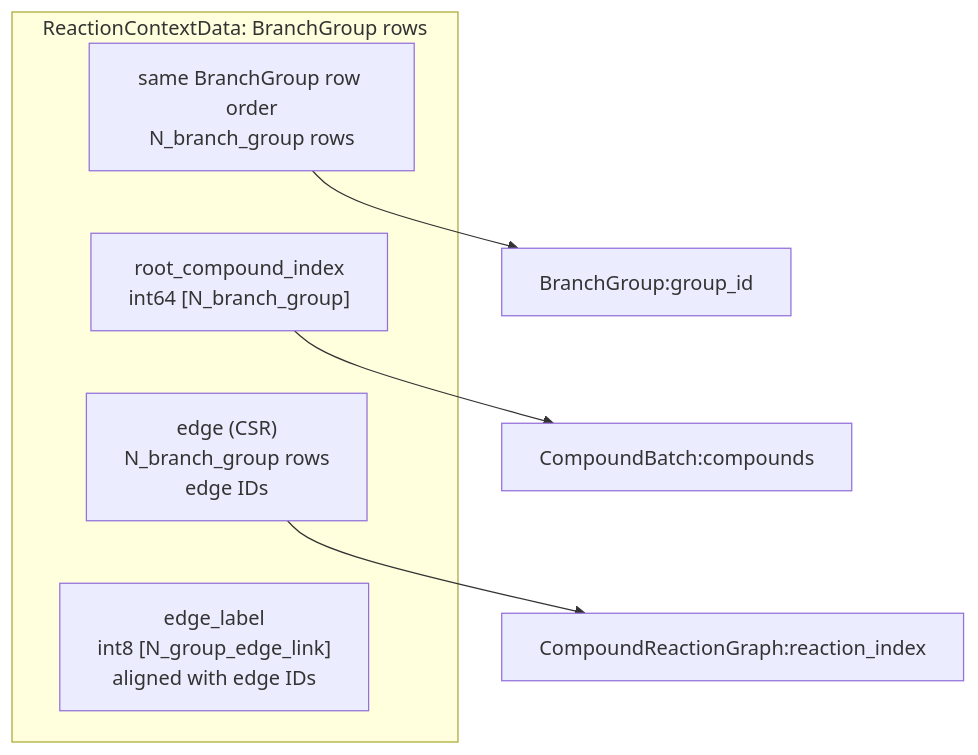
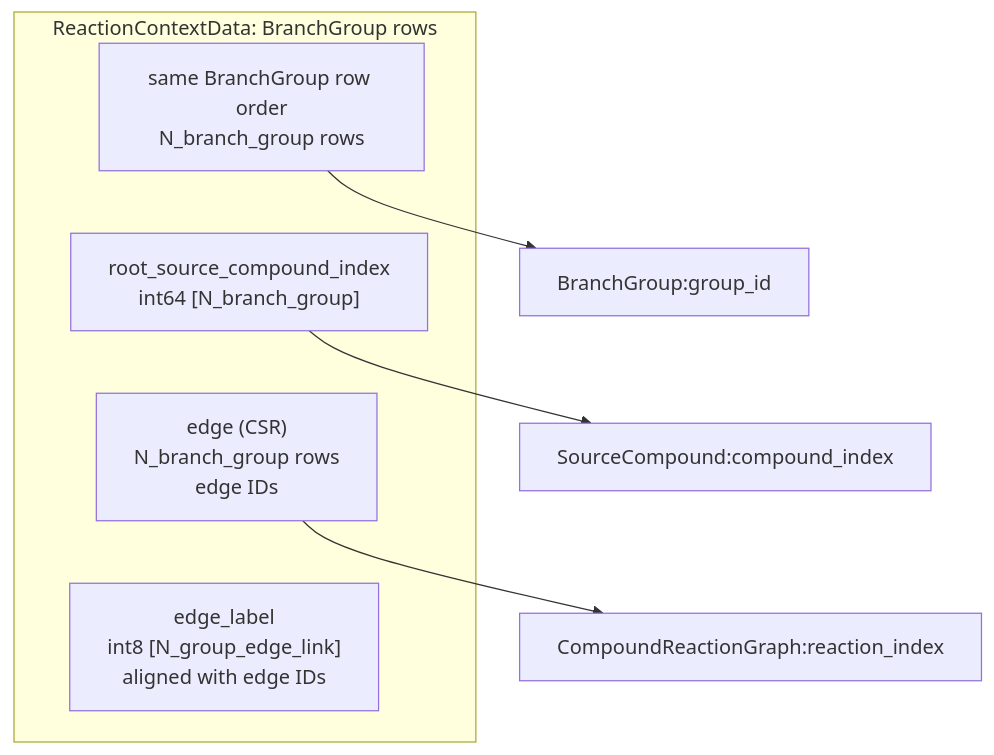
One commit to MotohiroOGAWA/FREDIS changed diagram 14 of 16 in fredis/ml/input/SCHEMA.md. Above: the diagram before and after it, drawn with Mermaid. The commit also changed other lines of this file, not shown here.

Commit message:
refactor: Enhance SourceReactionStructure schema with compound_index for SourceCompound mapping

````diff
--- a/fredis/ml/input/SCHEMA.md
+++ b/fredis/ml/input/SCHEMA.md
@@ -976,19 +1007,19 @@
 ```mermaid
 flowchart TB
     subgraph RC["ReactionContextData: BranchGroup rows"]
         ROW["same BranchGroup row order<br/>N_branch_group rows"]
-        ROOT["root_compound_index<br/>int64 [N_branch_group]"]
+        ROOT["root_source_compound_index<br/>int64 [N_branch_group]"]
         EDGE["edge (CSR)<br/>N_branch_group rows<br/>edge IDs"]
         LABEL["edge_label<br/>int8 [N_group_edge_link]<br/>aligned with edge IDs"]
         ROW ~~~ ROOT ~~~ EDGE ~~~ LABEL
     end
     BR["BranchGroup:group_id"]
-    CR["CompoundBatch:compounds"]
+    CR["SourceCompound:compound_index"]
     ER["CompoundReactionGraph:reaction_index"]
     ROW --> BR
     ROOT --> CR
     EDGE --> ER
     click BR "SCHEMA.md#27-branchgroup" "BranchGroup"
-    click CR "SCHEMA.md#24-compoundbatch" "CompoundBatch"
+    click CR "SCHEMA.md#21-sourcecompound" "SourceCompound"
     click ER "SCHEMA.md#210-compoundreactiongraph" "CompoundReactionGraph"
 ```
````
